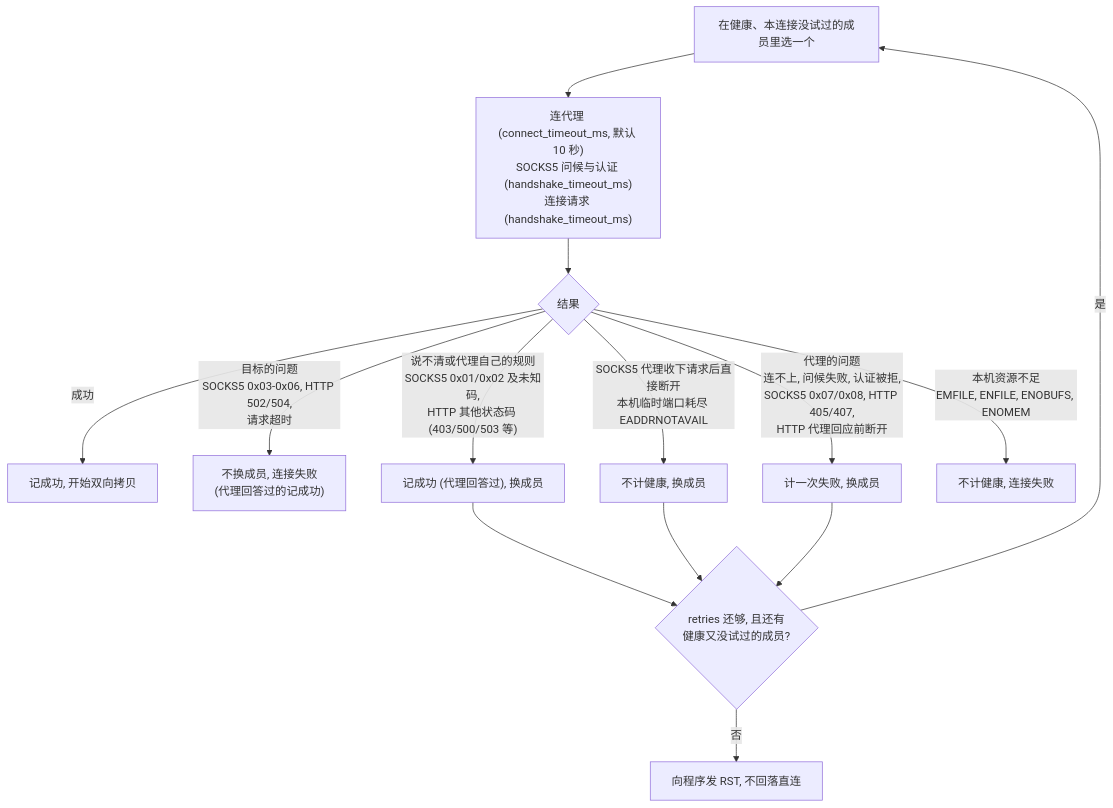
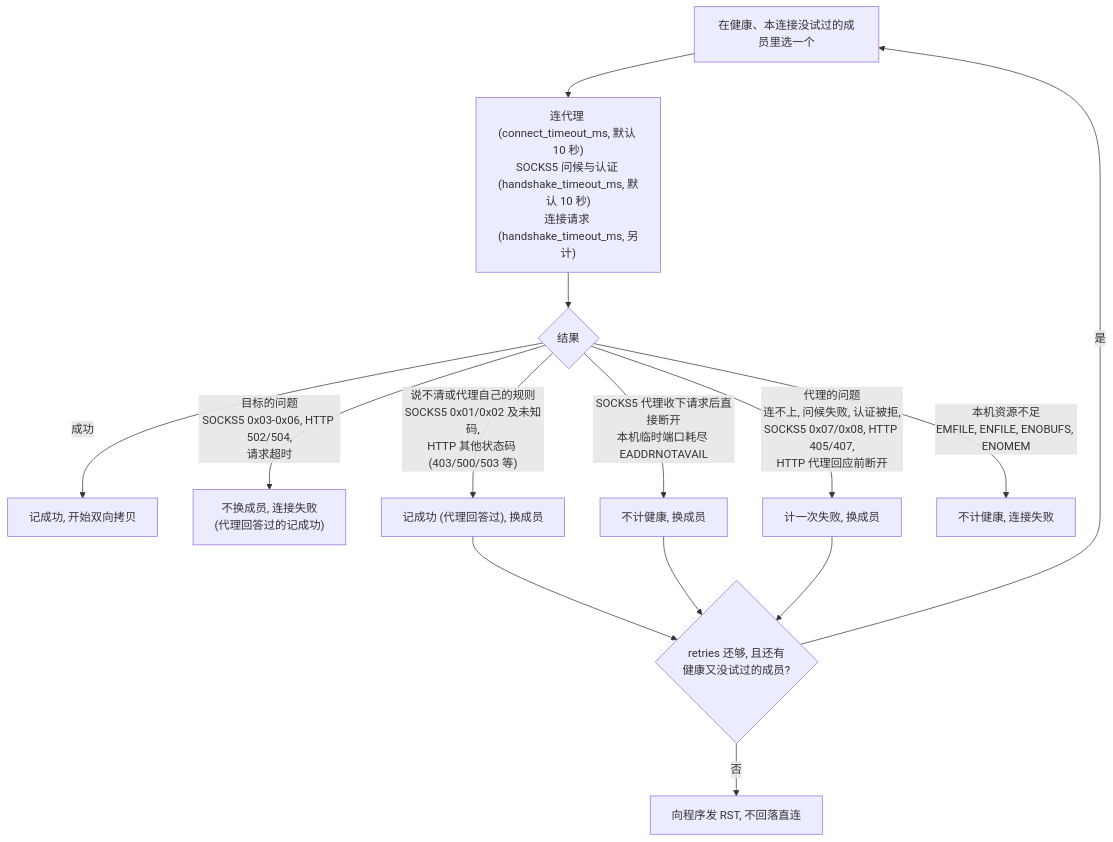
One commit to moonshawdo/proxytun changed the first of 2 diagrams in docs/architecture/operations.md. Above: the diagram before and after it, drawn with Mermaid. The commit also changed other lines of this file and 14 other files, not shown here.

````diff
--- a/docs/architecture/operations.md
+++ b/docs/architecture/operations.md
@@ -18,16 +18,16 @@
 ```mermaid
 flowchart TD
-    SEL["在健康、本连接没试过的成员里选一个"] --> D["连代理 (connect_timeout_ms, 默认 10 秒)<br/>SOCKS5 问候与认证 (handshake_timeout_ms)<br/>连接请求 (handshake_timeout_ms)"]
+    SEL["在健康、本连接没试过的成员里选一个"] --> D["连代理 (connect_timeout_ms, 默认 10 秒)<br/>SOCKS5 问候与认证 (handshake_timeout_ms, 默认 10 秒)<br/>连接请求 (handshake_timeout_ms, 另计)"]
     D --> RES{"结果"}
     RES -- "成功" --> OK["记成功, 开始双向拷贝"]
     RES -- "目标的问题<br/>SOCKS5 0x03-0x06, HTTP 502/504,<br/>请求超时" --> TGT["不换成员, 连接失败<br/>(代理回答过的记成功)"]
     RES -- "说不清或代理自己的规则<br/>SOCKS5 0x01/0x02 及未知码,<br/>HTTP 其他状态码 (403/500/503 等)" --> ANS["记成功 (代理回答过), 换成员"]
     RES -- "SOCKS5 代理收下请求后直接断开<br/>本机临时端口耗尽 EADDRNOTAVAIL" --> ALT["不计健康, 换成员"]
     RES -- "代理的问题<br/>连不上, 问候失败, 认证被拒,<br/>SOCKS5 0x07/0x08, HTTP 405/407,<br/>HTTP 代理回应前断开" --> BAD["计一次失败, 换成员"]
     RES -- "本机资源不足<br/>EMFILE, ENFILE, ENOBUFS, ENOMEM" --> LOC["不计健康, 连接失败"]
     ANS --> MORE{"retries 还够, 且还有<br/>健康又没试过的成员?"}
     ALT --> MORE
     BAD --> MORE
     MORE -- "是" --> SEL
     MORE -- "否" --> FAIL["向程序发 RST, 不回落直连"]
 ```
````
